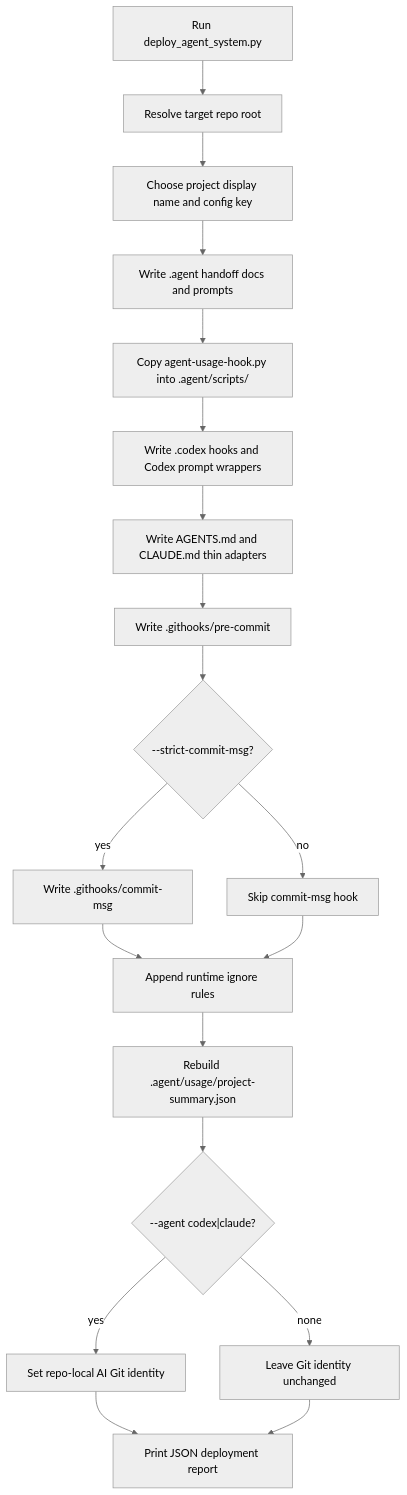
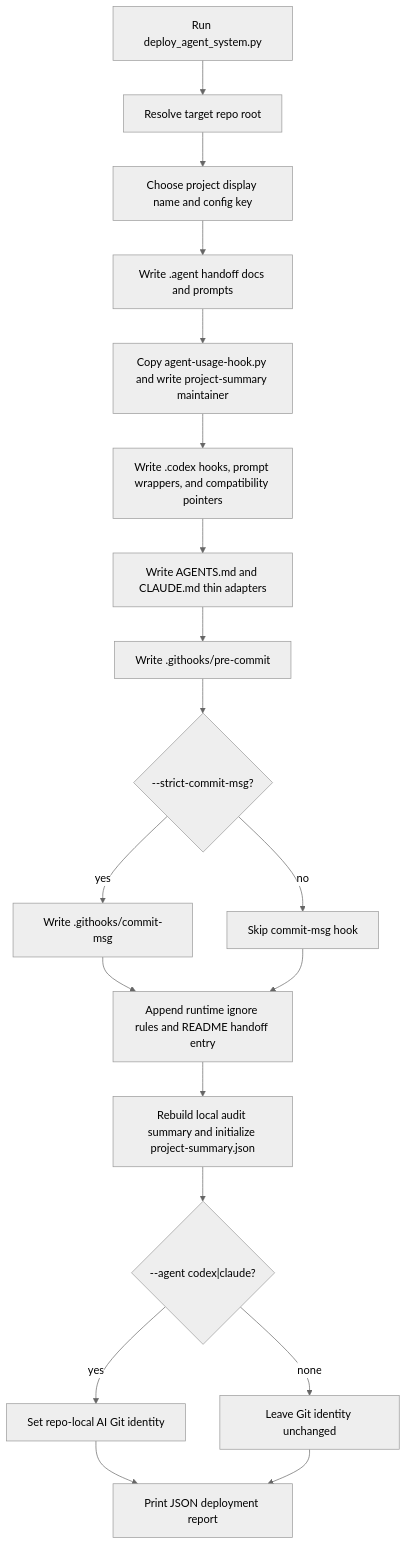
Before and after one commit to netlayer-team/agent-handoff-metrics-bootstrap: the second of 6 diagrams in docs/design.md, drawn with Mermaid (neutral theme). The commit also changed other lines of this file and 6 other files, not shown here.

Commit message:
feat(metrics): add task-level value summary maintainer

````diff
--- a/docs/design.md
+++ b/docs/design.md
@@ -68,21 +74,21 @@
 ```mermaid
 flowchart TD
   A["Run deploy_agent_system.py"] --> B["Resolve target repo root"]
   B --> C["Choose project display name and config key"]
   C --> D["Write .agent handoff docs and prompts"]
-  D --> E["Copy agent-usage-hook.py into .agent/scripts/"]
-  E --> F["Write .codex hooks and Codex prompt wrappers"]
+  D --> E["Copy agent-usage-hook.py and write project-summary maintainer"]
+  E --> F["Write .codex hooks, prompt wrappers, and compatibility pointers"]
   F --> G["Write AGENTS.md and CLAUDE.md thin adapters"]
   G --> H["Write .githooks/pre-commit"]
   H --> I{"--strict-commit-msg?"}
   I -- yes --> J["Write .githooks/commit-msg"]
   I -- no --> K["Skip commit-msg hook"]
-  J --> L["Append runtime ignore rules"]
+  J --> L["Append runtime ignore rules and README handoff entry"]
   K --> L
-  L --> M["Rebuild .agent/usage/project-summary.json"]
+  L --> M["Rebuild local audit summary and initialize project-summary.json"]
   M --> N{"--agent codex|claude?"}
   N -- yes --> O["Set repo-local AI Git identity"]
   N -- none --> P["Leave Git identity unchanged"]
   O --> Q["Print JSON deployment report"]
   P --> Q
 ```
````
